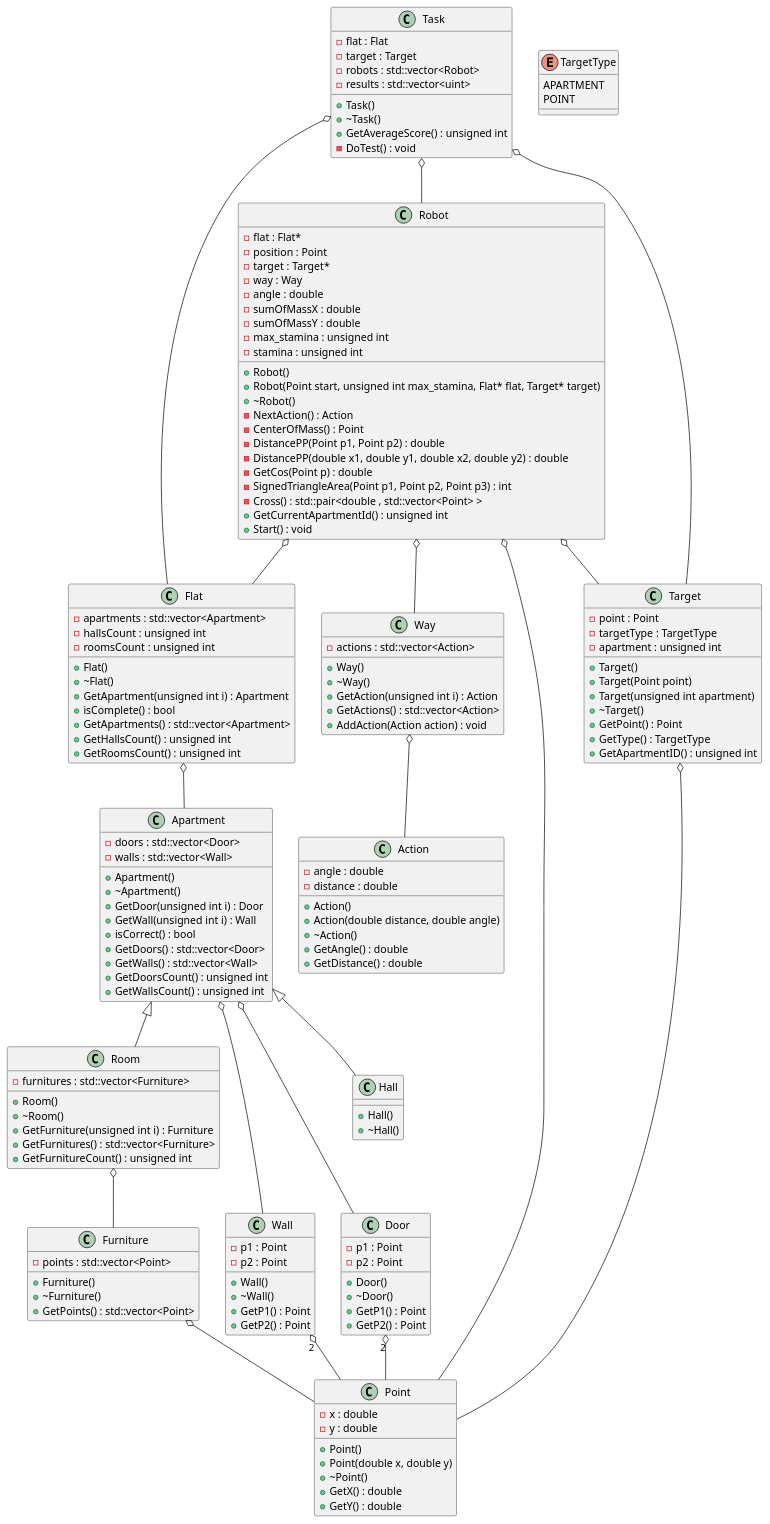
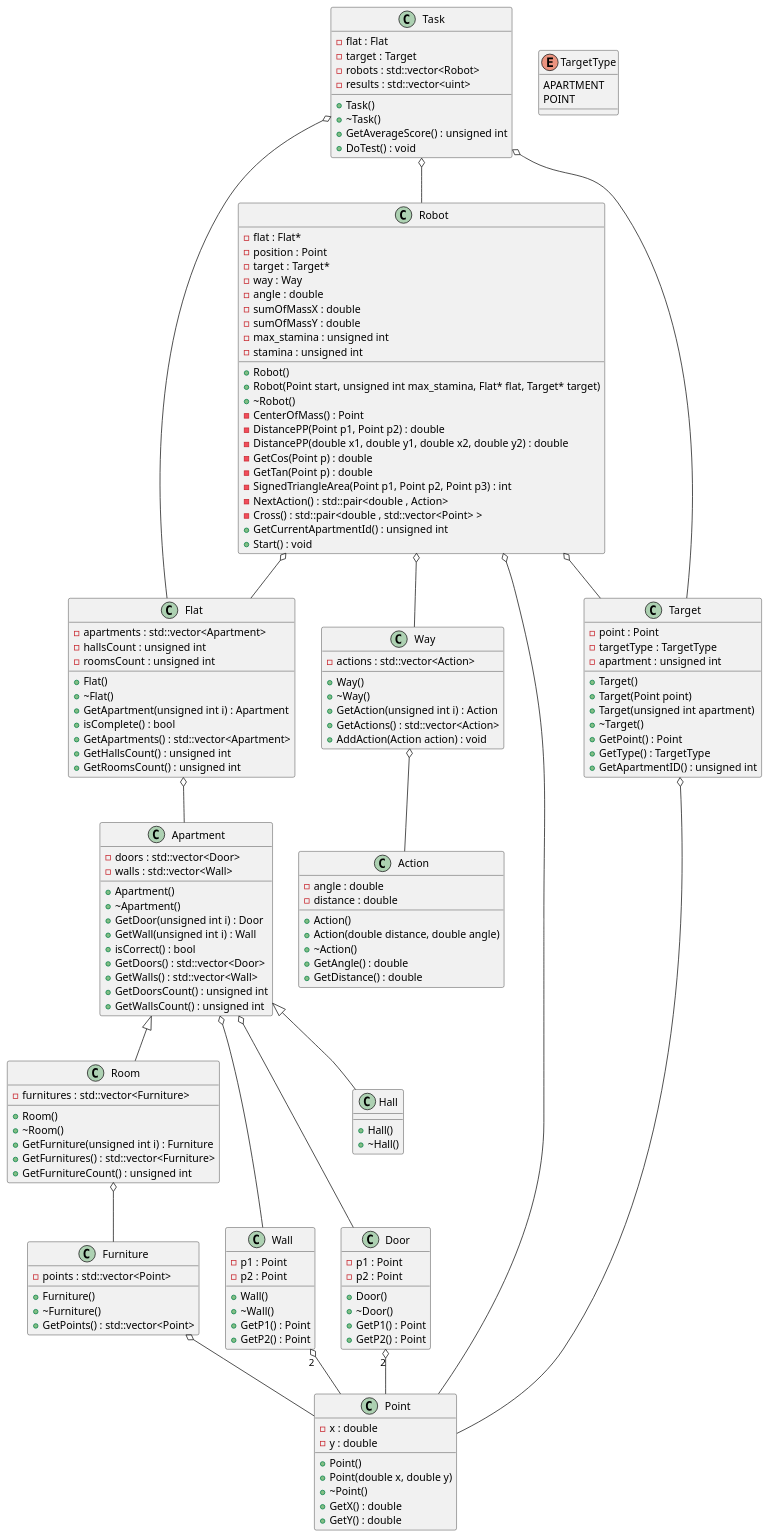
Before and after one commit to mecchmatProjects/CppCourse: the diagram in Flat+Polukhin_and_Liaskovskiy/UML/UML.puml, drawn with PlantUML. The commit also changed 64 other files, not shown here.

```diff
--- a/Flat+Polukhin_and_Liaskovskiy/UML/UML.puml
+++ b/Flat+Polukhin_and_Liaskovskiy/UML/UML.puml
@@ -85,7 +85,6 @@
 	+Robot()
 	+Robot(Point start, unsigned int max_stamina, Flat* flat, Target* target)
 	+~Robot()
-	-NextAction() : Action
 	-flat : Flat*
 	-CenterOfMass() : Point
 	-position : Point
@@ -94,10 +93,12 @@
 	-DistancePP(Point p1, Point p2) : double
 	-DistancePP(double x1, double y1, double x2, double y2) : double
 	-GetCos(Point p) : double
+	-GetTan(Point p) : double
 	-angle : double
 	-sumOfMassX : double
 	-sumOfMassY : double
 	-SignedTriangleArea(Point p1, Point p2, Point p3) : int
+	-NextAction() : std::pair<double , Action>
 	-Cross() : std::pair<double , std::vector<Point> >
 	+GetCurrentApartmentId() : unsigned int
 	-max_stamina : unsigned int
@@ -138,7 +139,7 @@
 	-robots : std::vector<Robot>
 	-results : std::vector<uint>
 	+GetAverageScore() : unsigned int
-	-DoTest() : void
+	+DoTest() : void
 }
 
 
```
